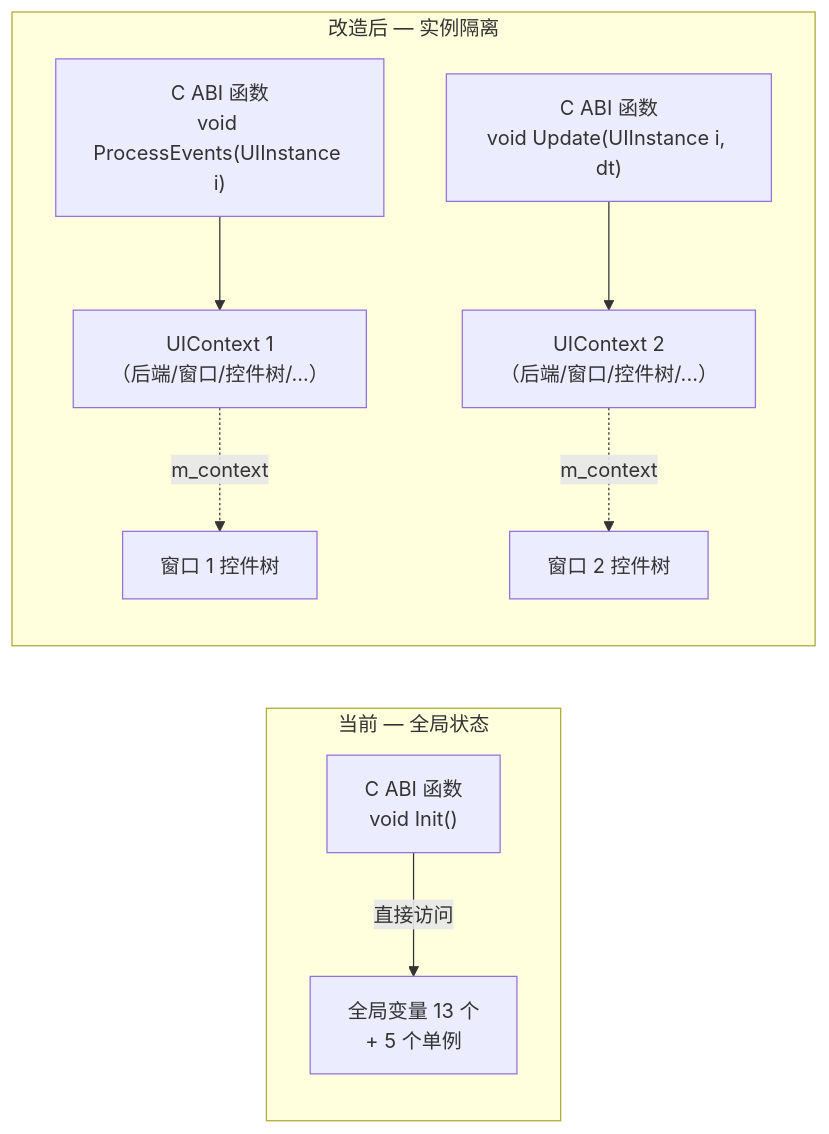
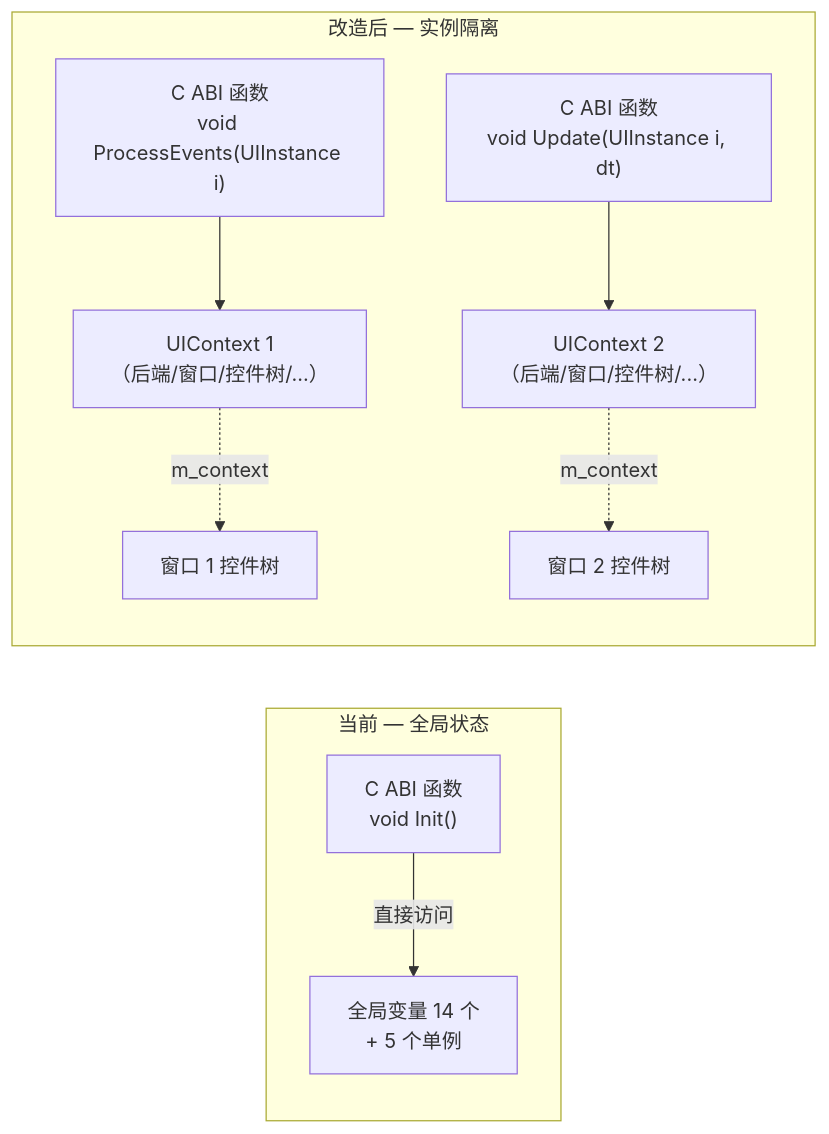
Before and after one commit to SeaOceanLiu/UIControls: the first of 4 diagrams in doc/CABI_MultiInstance_Design.md, drawn with Mermaid. The commit also changed other lines of this file and 1 other file, not shown here.

````diff
--- a/doc/CABI_MultiInstance_Design.md
+++ b/doc/CABI_MultiInstance_Design.md
@@ -129,19 +137,19 @@
 ```mermaid
 flowchart LR
     subgraph 当前["当前 — 全局状态"]
         C["C ABI 函数<br/>void Init()"]
-        G["全局变量 13 个<br/>+ 5 个单例"]
+        G["全局变量 14 个<br/>+ 5 个单例"]
         C -->|直接访问| G
     end
 
     subgraph 改造后["改造后 — 实例隔离"]
         C1["C ABI 函数<br/>void ProcessEvents(UIInstance i)"]
         C2["C ABI 函数<br/>void Update(UIInstance i, dt)"]
         CTX["UIContext 1<br/>（后端/窗口/控件树/...）"]
         CTX2["UIContext 2<br/>（后端/窗口/控件树/...）"]
         C1 --> CTX
         C2 --> CTX2
         CTX -.->|m_context| W["窗口 1 控件树"]
         CTX2 -.->|m_context| W2["窗口 2 控件树"]
     end
 ```
````
